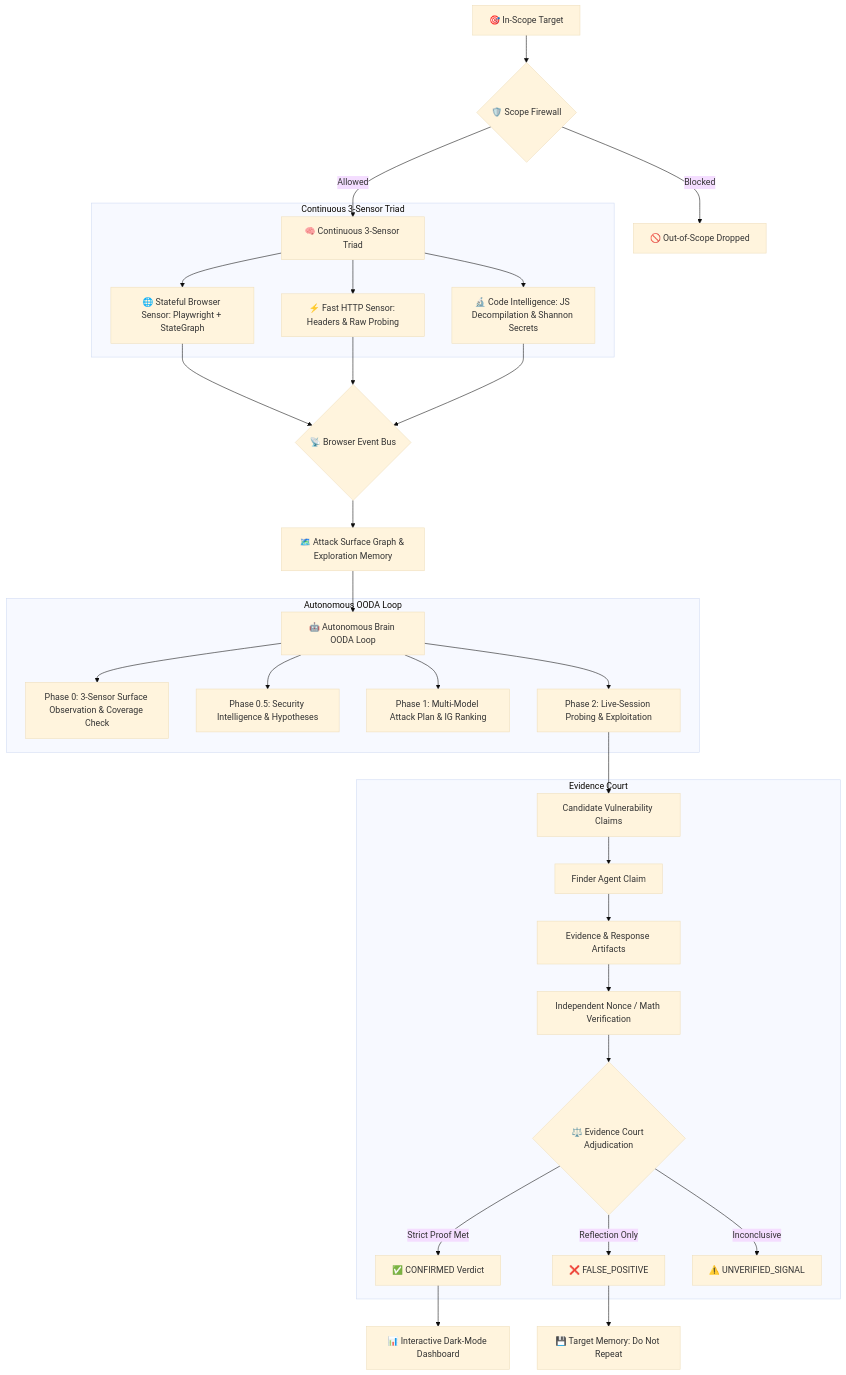
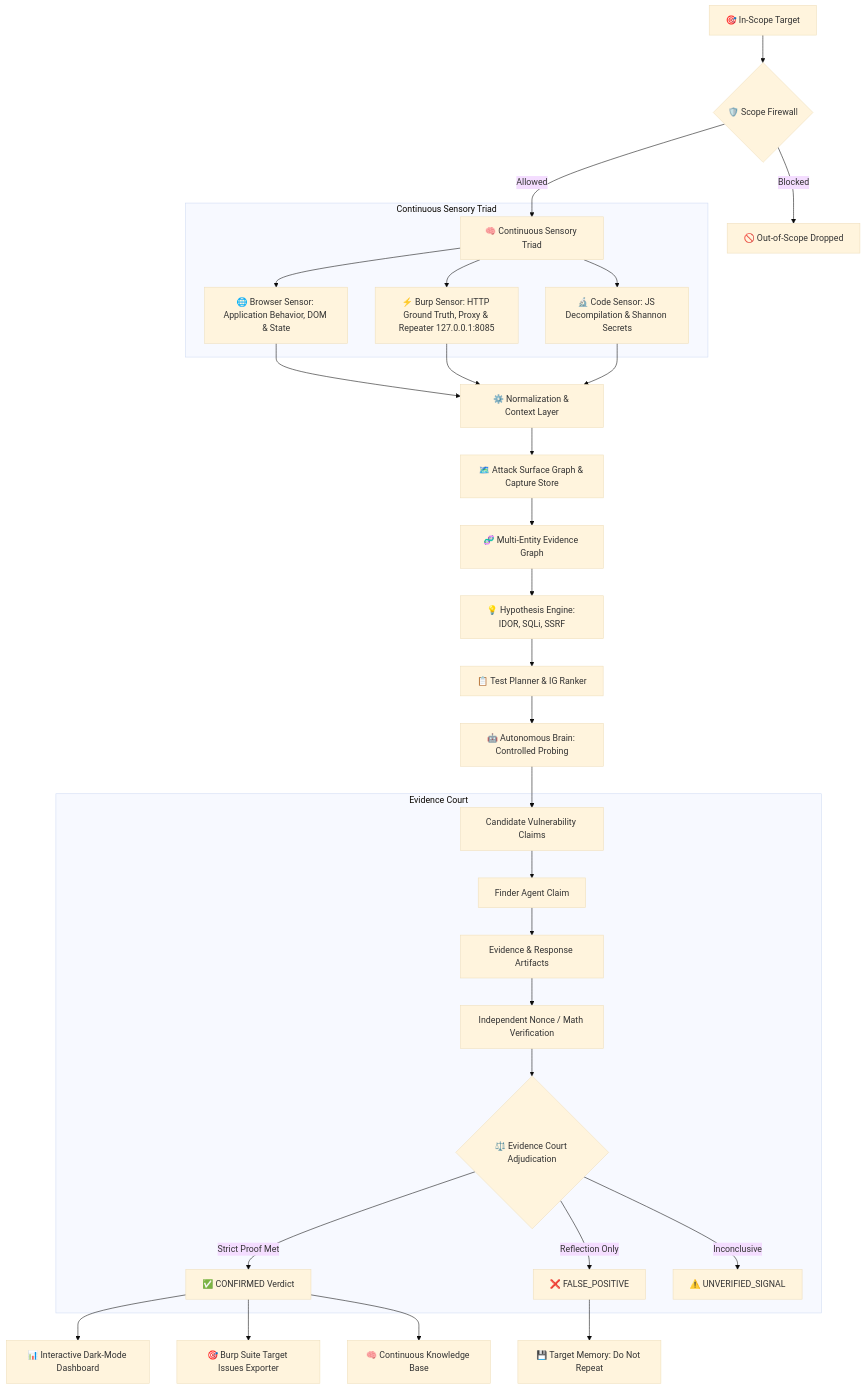
The diagram in README.md (Abdo453/HunterAI), drawn with Mermaid (base theme) before and after one commit. The commit also changed other lines of this file and 9 other files, not shown here.

Commit message:
feat(burp): implement Burp Gateway bridge (127.0.0.1:8085), Capture Store, context menus, and Target issues exporter

````diff
--- a/README.md
+++ b/README.md
@@ -56,41 +56,39 @@
 ```mermaid
 flowchart TD
     Target[🎯 In-Scope Target] --> ScopeGuard{🛡️ Scope Firewall}
     ScopeGuard -->|Blocked| Firewalled[🚫 Out-of-Scope Dropped]
-    ScopeGuard -->|Allowed| Sensors[🧠 Continuous 3-Sensor Triad]
+    ScopeGuard -->|Allowed| Sensors[🧠 Continuous Sensory Triad]
 
-    subgraph Continuous 3-Sensor Triad
-        Sensors --> BrowserSensor[🌐 Stateful Browser Sensor: Playwright + StateGraph]
-        Sensors --> HttpSensor[⚡ Fast HTTP Sensor: Headers & Raw Probing]
-        Sensors --> CodeSensor[🔬 Code Intelligence: JS Decompilation & Shannon Secrets]
+    subgraph Continuous Sensory Triad
+        Sensors --> BrowserSensor[🌐 Browser Sensor: Application Behavior, DOM & State]
+        Sensors --> BurpSensor[⚡ Burp Sensor: HTTP Ground Truth, Proxy & Repeater 127.0.0.1:8085]
+        Sensors --> CodeSensor[🔬 Code Sensor: JS Decompilation & Shannon Secrets]
     end
 
-    BrowserSensor --> EventBus{📡 Browser Event Bus}
-    HttpSensor --> EventBus
-    CodeSensor --> EventBus
+    BrowserSensor --> Normalizer[⚙️ Normalization & Context Layer]
+    BurpSensor --> Normalizer
+    CodeSensor --> Normalizer
 
-    EventBus --> SurfaceGraph[🗺️ Attack Surface Graph & Exploration Memory]
-    SurfaceGraph --> Brain[🤖 Autonomous Brain OODA Loop]
+    Normalizer --> SurfaceGraph[🗺️ Attack Surface Graph & Capture Store]
+    SurfaceGraph --> EvidenceGraph[🧬 Multi-Entity Evidence Graph]
+    EvidenceGraph --> HypoEngine[💡 Hypothesis Engine: IDOR, SQLi, SSRF]
+    HypoEngine --> TestPlanner[📋 Test Planner & IG Ranker]
+    TestPlanner --> Brain[🤖 Autonomous Brain: Controlled Probing]
 
-    subgraph Autonomous OODA Loop
-        Brain --> Observe[Phase 0: 3-Sensor Surface Observation & Coverage Check]
-        Brain --> Orient[Phase 0.5: Security Intelligence & Hypotheses]
-        Brain --> Decide[Phase 1: Multi-Model Attack Plan & IG Ranking]
-        Brain --> Act[Phase 2: Live-Session Probing & Exploitation]
-    end
-
-    Act --> Claims[Candidate Vulnerability Claims]
+    Brain --> Claims[Candidate Vulnerability Claims]
 
     subgraph Evidence Court
         Claims --> FinderAgent[Finder Agent Claim]
         FinderAgent --> EvidenceCollector[Evidence & Response Artifacts]
         EvidenceCollector --> VerifierAgent[Independent Nonce / Math Verification]
         VerifierAgent --> CourtVerdict{⚖️ Evidence Court Adjudication}
         CourtVerdict -->|Strict Proof Met| Confirmed[✅ CONFIRMED Verdict]
         CourtVerdict -->|Reflection Only| FalsePos[❌ FALSE_POSITIVE]
         CourtVerdict -->|Inconclusive| Unverified[⚠️ UNVERIFIED_SIGNAL]
     end
 
     Confirmed --> Dashboard[📊 Interactive Dark-Mode Dashboard]
+    Confirmed --> BurpIssues[🎯 Burp Suite Target Issues Exporter]
+    Confirmed --> KnowledgeBase[🧠 Continuous Knowledge Base]
     FalsePos --> TargetMemory[💾 Target Memory: Do Not Repeat]
 ```
````
